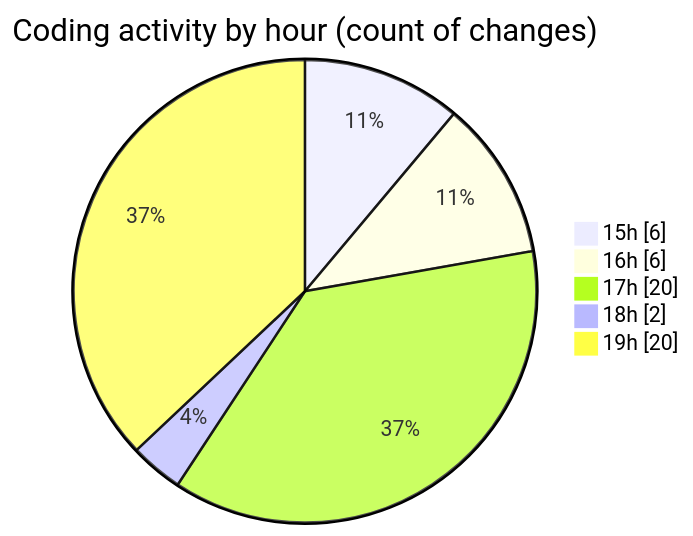
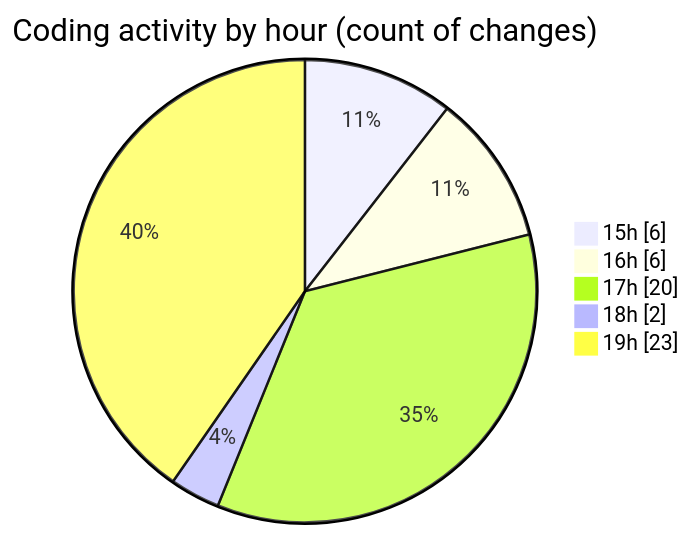
Before and after one commit to momahboobian/code-tracking: the second of 2 diagrams in 2025-03-25/samplepdf/README.md, drawn with Mermaid. The commit also changed other lines of this file and 1 other file, not shown here.

````diff
--- a/2025-03-25/samplepdf/README.md
+++ b/2025-03-25/samplepdf/README.md
@@ -32,9 +32,9 @@
 ```mermaid
 pie showData
 title Coding activity by hour (count of changes)
 "15h" : 6
 "16h" : 6
 "17h" : 20
 "18h" : 2
-"19h" : 20
+"19h" : 23
 ```
````
